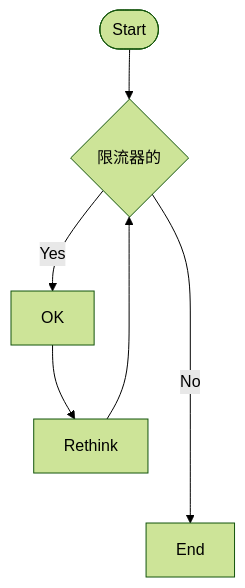
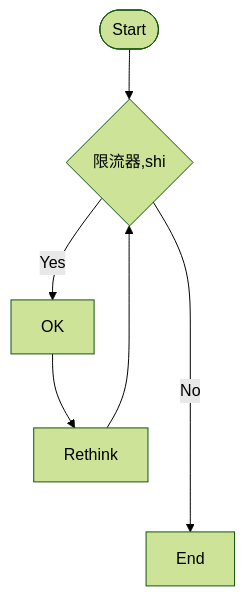
One commit to yingjianzh/iodraw-files changed the diagram in all/未命名-5.md. Above: the diagram before and after it, drawn with Mermaid (forest theme).

Commit message:
2024-08-08 17:58:29 update

````diff
--- a/all/未命名-5.md
+++ b/all/未命名-5.md
@@ -1,8 +1,8 @@
 ```mermaid
 flowchart TD
-    id1([Start]) --> B{限流器的}
+    id1([Start]) --> B{限流器,shi}
     B -- Yes --> C[OK]
     C --> D[Rethink]
     D --> B
     B -- No ----> E[End]
 ```
````
